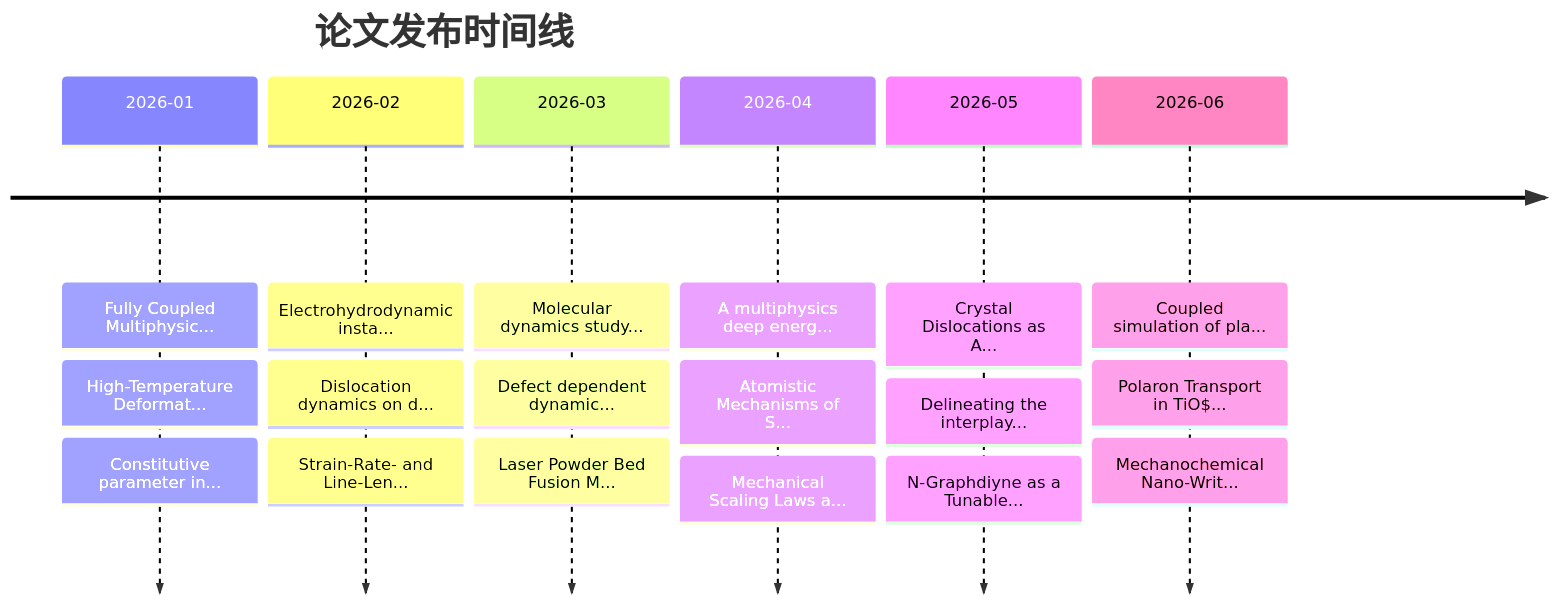
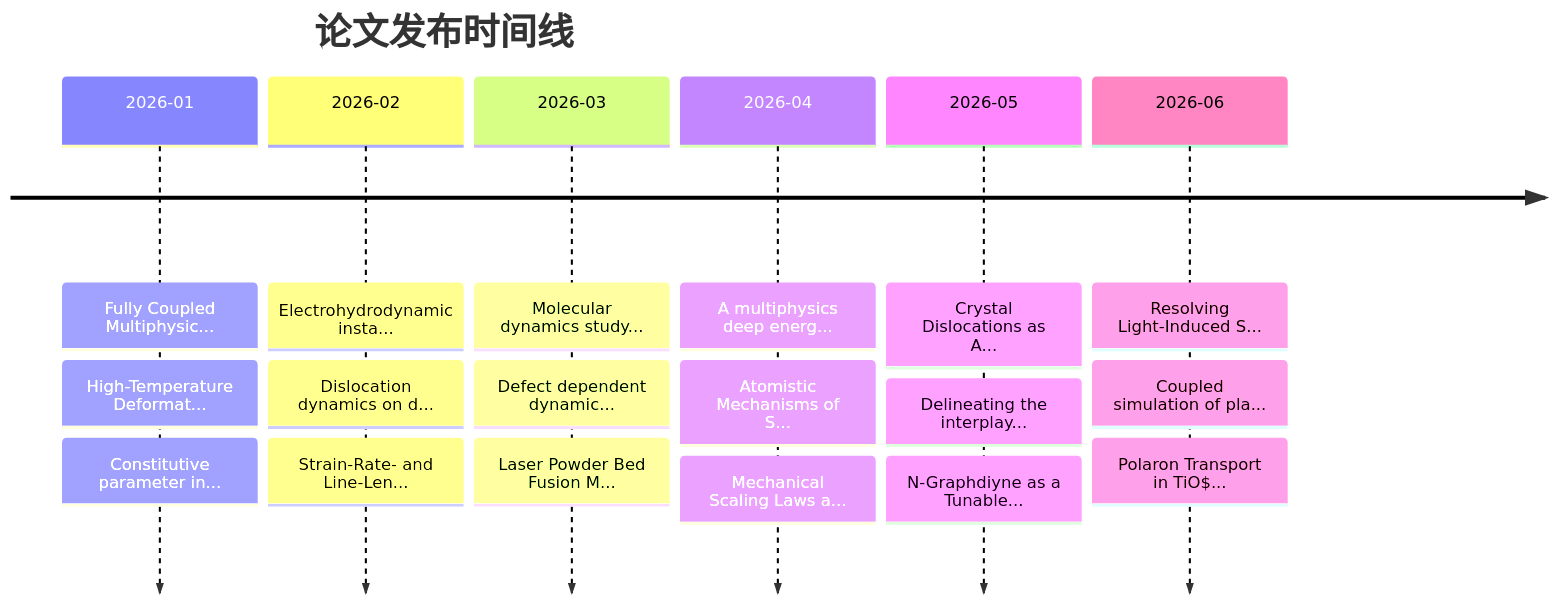
The second of 2 diagrams in README.md (Shirakawa11111/BJK_readpaper), drawn with Mermaid before and after one commit. The commit also changed other lines of this file and 11 other files, not shown here.

````diff
--- a/README.md
+++ b/README.md
@@ -206,10 +206,10 @@
 ```mermaid
 timeline
     title 论文发布时间线
     2026-01 : Fully Coupled Multiphysic... : High-Temperature Deformat... : Constitutive parameter in...
     2026-02 : Electrohydrodynamic insta... : Dislocation dynamics on d... : Strain-Rate- and Line-Len...
     2026-03 : Molecular dynamics study... : Defect dependent dynamic... : Laser Powder Bed Fusion M...
     2026-04 : A multiphysics deep energ... : Atomistic Mechanisms of S... : Mechanical Scaling Laws a...
     2026-05 : Crystal Dislocations as A... : Delineating the interplay... : N-Graphdiyne as a Tunable...
-    2026-06 : Coupled simulation of pla... : Polaron Transport in TiO$... : Mechanochemical Nano-Writ...
+    2026-06 : Resolving Light-Induced S... : Coupled simulation of pla... : Polaron Transport in TiO$...
 ```
````
